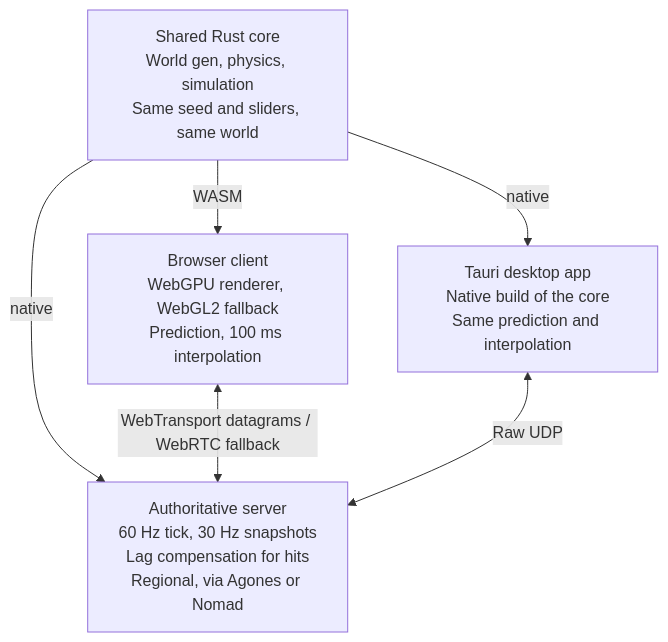
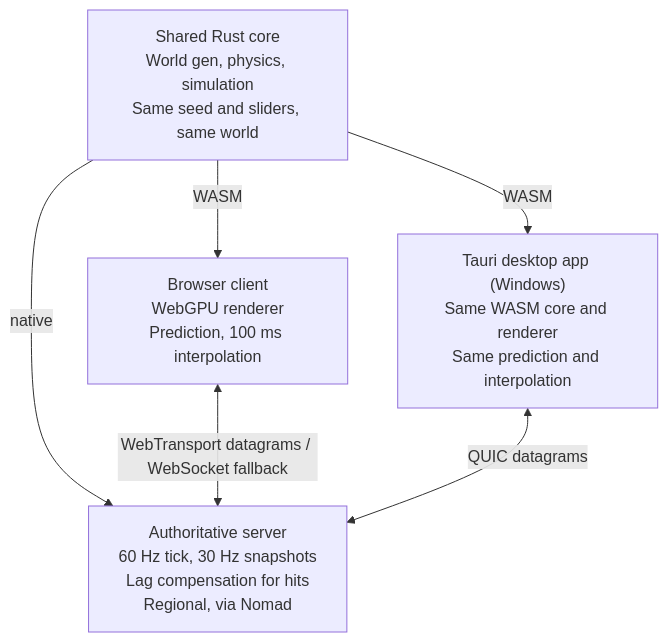
Before and after one commit to Nusi42/LooseScrews: the diagram in docs/design/game-design-doc.md, drawn with Mermaid. The commit also changed other lines of this file, not shown here.

````diff
--- a/docs/design/game-design-doc.md
+++ b/docs/design/game-design-doc.md
@@ -319,12 +319,12 @@
 ```mermaid
 flowchart TD
     core["Shared Rust core<br/>World gen, physics, simulation<br/>Same seed and sliders, same world"]
-    browser["Browser client<br/>WebGPU renderer, WebGL2 fallback<br/>Prediction, 100 ms interpolation"]
-    tauri["Tauri desktop app<br/>Native build of the core<br/>Same prediction and interpolation"]
-    server["Authoritative server<br/>60 Hz tick, 30 Hz snapshots<br/>Lag compensation for hits<br/>Regional, via Agones or Nomad"]
+    browser["Browser client<br/>WebGPU renderer<br/>Prediction, 100 ms interpolation"]
+    tauri["Tauri desktop app (Windows)<br/>Same WASM core and renderer<br/>Same prediction and interpolation"]
+    server["Authoritative server<br/>60 Hz tick, 30 Hz snapshots<br/>Lag compensation for hits<br/>Regional, via Nomad"]
     core -- WASM --> browser
-    core -- native --> tauri
+    core -- WASM --> tauri
     core -- native --> server
-    browser <-- "WebTransport datagrams / WebRTC fallback" --> server
-    tauri <-- "Raw UDP" --> server
+    browser <-- "WebTransport datagrams / WebSocket fallback" --> server
+    tauri <-- "QUIC datagrams" --> server
 ```
````
